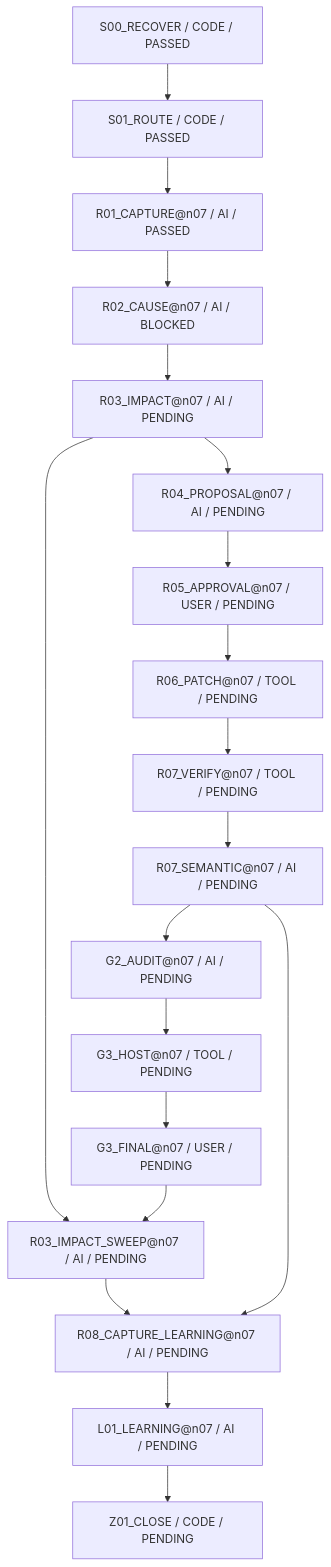
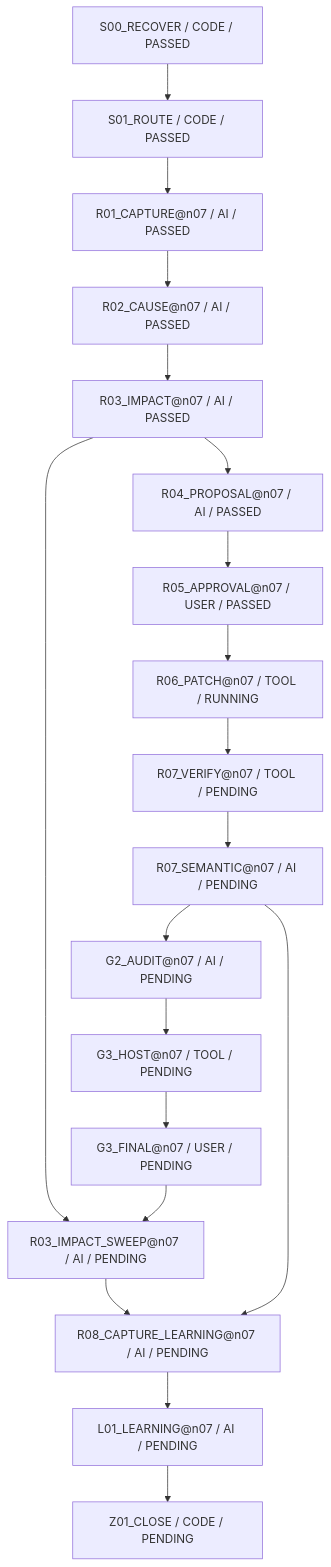
One commit to rrikunagasige-dot/kyotsu-step-web changed the diagram in work/items/W-MATH-032-n07-semantic-repair/generated/BLOCK_FIRE_DIAGRAM.md. Above: the diagram before and after it, drawn with Mermaid. The commit also changed other lines of this file and 469 other files, not shown here.

````diff
--- a/work/items/W-MATH-032-n07-semantic-repair/generated/BLOCK_FIRE_DIAGRAM.md
+++ b/work/items/W-MATH-032-n07-semantic-repair/generated/BLOCK_FIRE_DIAGRAM.md
@@ -5,38 +5,38 @@
 ```mermaid
 flowchart TD
   N0["S00_RECOVER / CODE / PASSED"]
   N1["S01_ROUTE / CODE / PASSED"]
   N2["R01_CAPTURE@n07 / AI / PASSED"]
-  N3["R02_CAUSE@n07 / AI / BLOCKED"]
-  N4["R03_IMPACT@n07 / AI / PENDING"]
-  N5["R04_PROPOSAL@n07 / AI / PENDING"]
-  N6["R05_APPROVAL@n07 / USER / PENDING"]
-  N7["R06_PATCH@n07 / TOOL / PENDING"]
+  N3["R02_CAUSE@n07 / AI / PASSED"]
+  N4["R03_IMPACT@n07 / AI / PASSED"]
+  N5["R04_PROPOSAL@n07 / AI / PASSED"]
+  N6["R05_APPROVAL@n07 / USER / PASSED"]
+  N7["R06_PATCH@n07 / TOOL / RUNNING"]
   N8["R07_VERIFY@n07 / TOOL / PENDING"]
   N9["R07_SEMANTIC@n07 / AI / PENDING"]
   N10["G2_AUDIT@n07 / AI / PENDING"]
   N11["G3_HOST@n07 / TOOL / PENDING"]
   N12["G3_FINAL@n07 / USER / PENDING"]
   N13["R03_IMPACT_SWEEP@n07 / AI / PENDING"]
   N14["R08_CAPTURE_LEARNING@n07 / AI / PENDING"]
   N15["L01_LEARNING@n07 / AI / PENDING"]
   N16["Z01_CLOSE / CODE / PENDING"]
   N10 --> N11
   N12 --> N13
   N11 --> N12
   N15 --> N16
   N2 --> N3
   N3 --> N4
   N4 --> N13
   N4 --> N5
   N13 --> N14
   N5 --> N6
   N6 --> N7
   N7 --> N8
   N9 --> N10
   N9 --> N14
   N8 --> N9
   N14 --> N15
   N0 --> N1
   N1 --> N2
 ```
````
